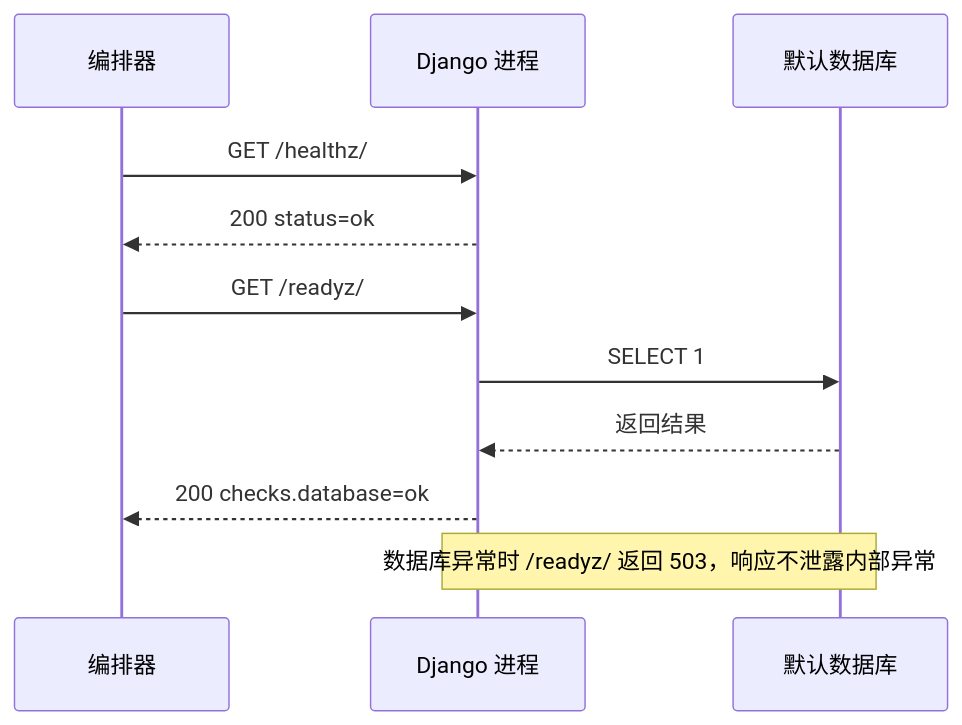
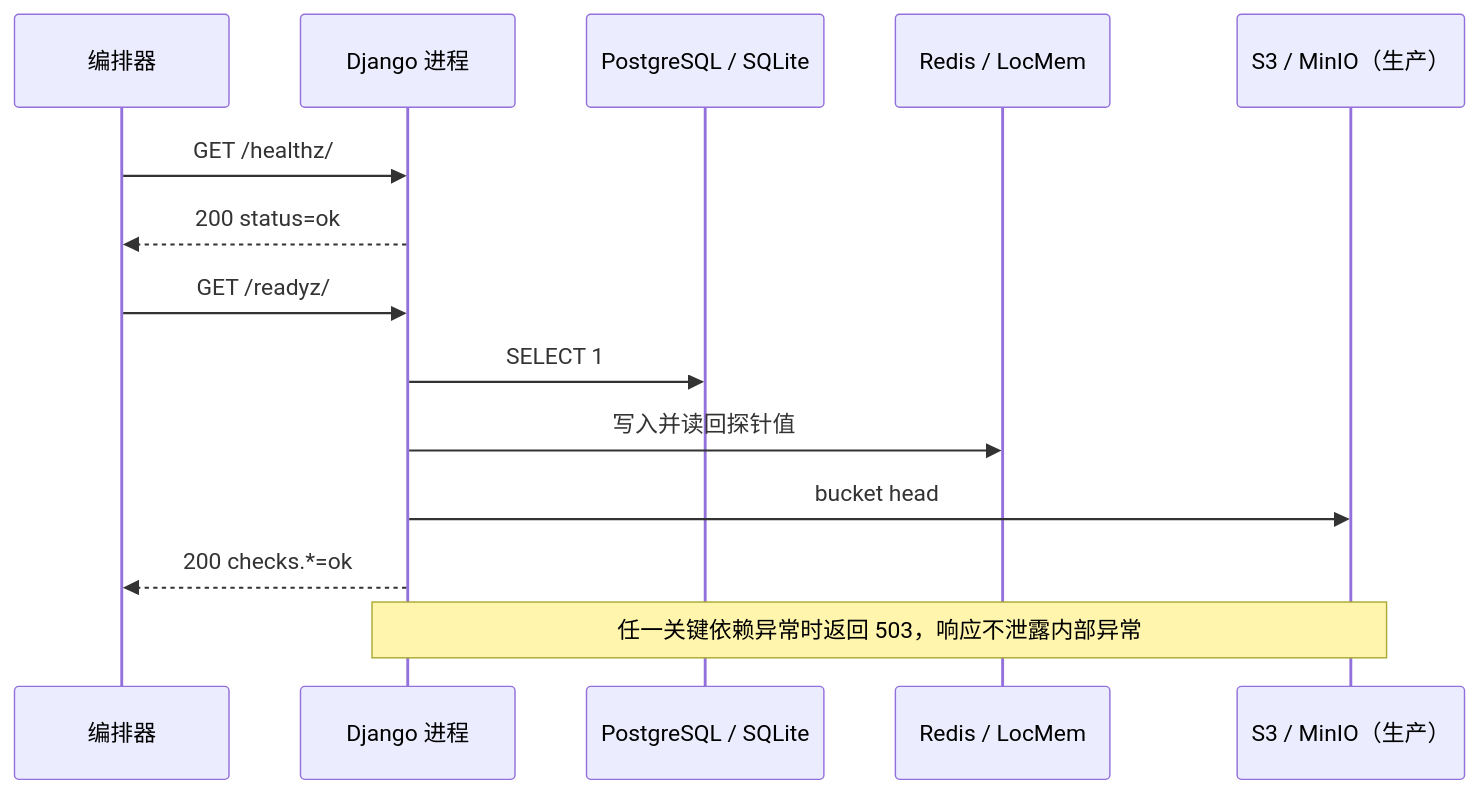
One commit to strawberry-little-bear/campus_glimmer changed the second of 2 diagrams in campus_glimmer/README.md. Above: the diagram before and after it, drawn with Mermaid. The commit also changed other lines of this file and 8 other files, not shown here.

````diff
--- a/campus_glimmer/README.md
+++ b/campus_glimmer/README.md
@@ -66,13 +72,16 @@
 ```mermaid
 sequenceDiagram
     participant O as 编排器
     participant A as Django 进程
-    participant DB as 默认数据库
+    participant DB as PostgreSQL / SQLite
+    participant C as Redis / LocMem
+    participant S as S3 / MinIO（生产）
     O->>A: GET /healthz/
     A-->>O: 200 status=ok
     O->>A: GET /readyz/
     A->>DB: SELECT 1
-    DB-->>A: 返回结果
-    A-->>O: 200 checks.database=ok
-    Note over A,DB: 数据库异常时 /readyz/ 返回 503，响应不泄露内部异常
+    A->>C: 写入并读回探针值
+    A->>S: bucket head
+    A-->>O: 200 checks.*=ok
+    Note over A,S: 任一关键依赖异常时返回 503，响应不泄露内部异常
 ```
````
